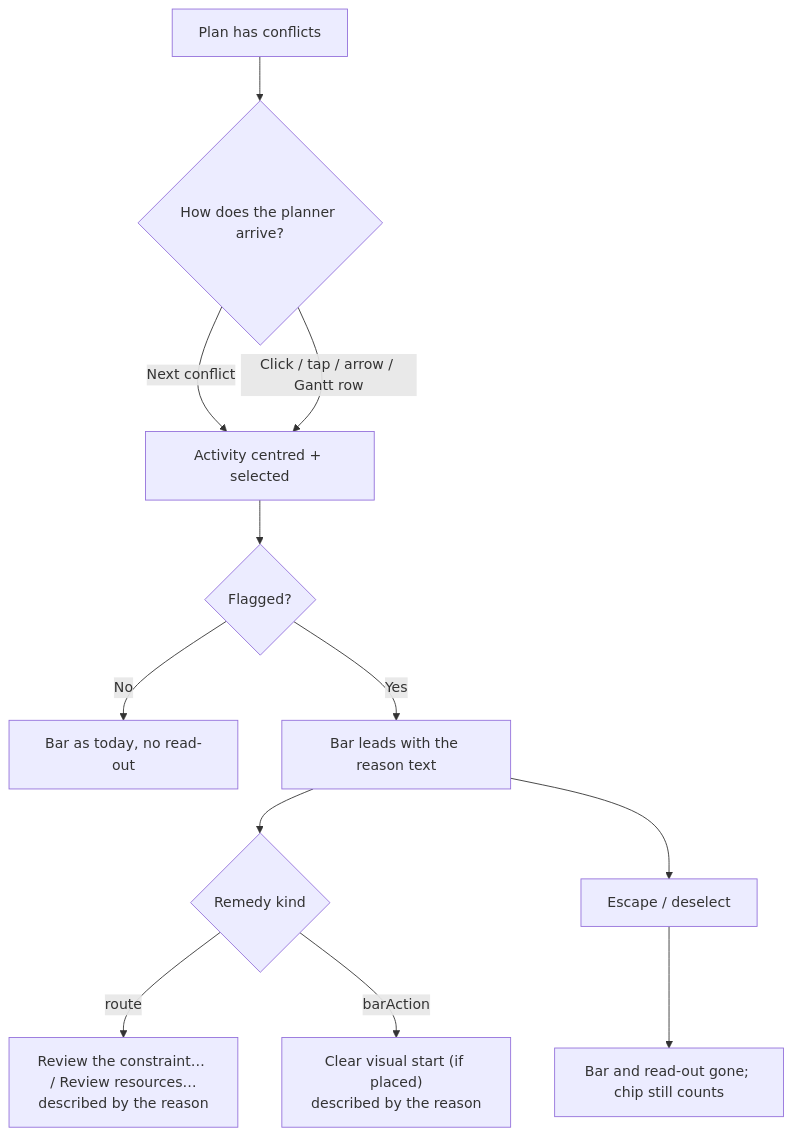
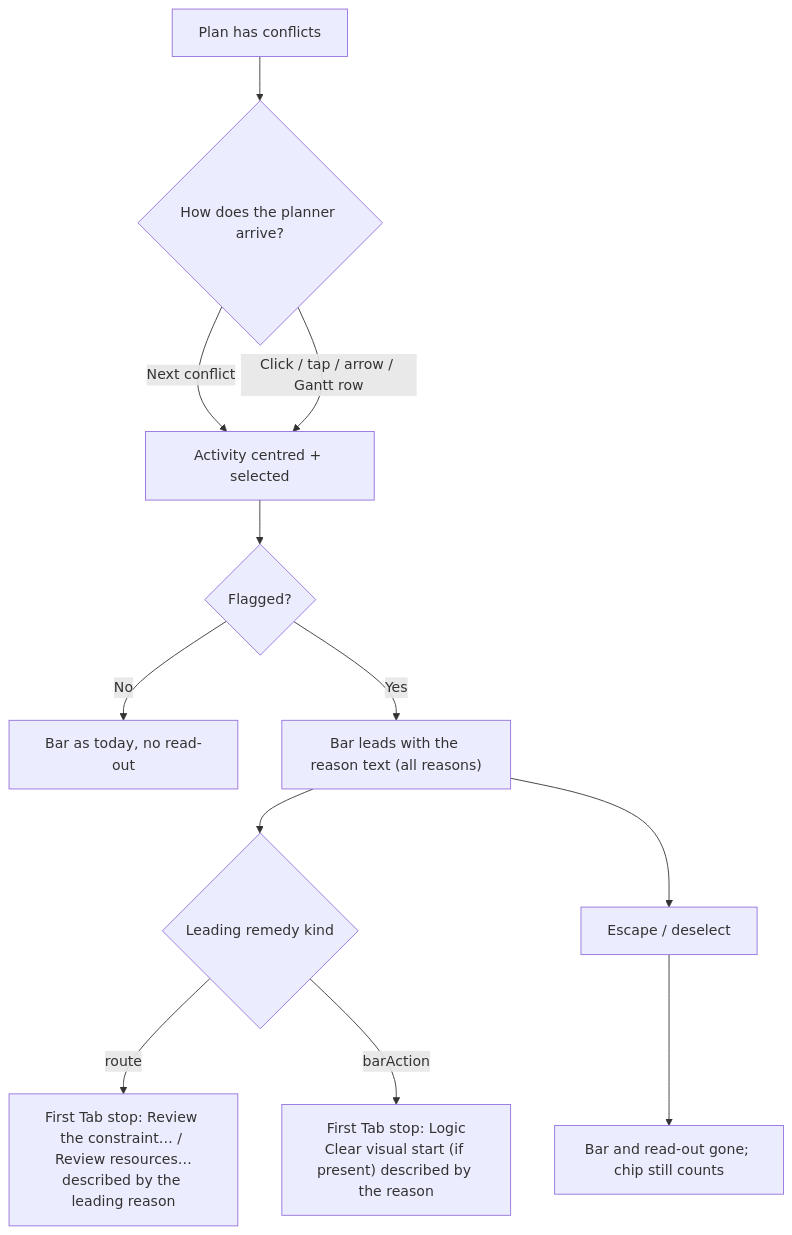
The third of 3 diagrams in docs/specs/conflict-reason-on-object/feature-spec.md (HuttonHomeHub/SchedulePoint_1), drawn with Mermaid before and after one commit. The commit also changed other lines of this file and 1 other file, not shown here.

First line of the commit message:
docs(docs): amend the conflict-reason-on-object spec after review (#479)

````diff
--- a/docs/specs/conflict-reason-on-object/feature-spec.md
+++ b/docs/specs/conflict-reason-on-object/feature-spec.md
@@ -303,13 +360,13 @@
 ```mermaid
 flowchart TD
   A[Plan has conflicts] --> B{How does the planner arrive?}
   B -->|Next conflict| C[Activity centred + selected]
   B -->|Click / tap / arrow / Gantt row| C
   C --> D{Flagged?}
   D -->|No| E[Bar as today, no read-out]
-  D -->|Yes| F["Bar leads with the reason text"]
-  F --> G{Remedy kind}
-  G -->|route| H["Review the constraint… / Review resources…<br/>described by the reason"]
-  G -->|barAction| I["Clear visual start (if placed)<br/>described by the reason"]
+  D -->|Yes| F["Bar leads with the reason text (all reasons)"]
+  F --> G{Leading remedy kind}
+  G -->|route| H["First Tab stop: Review the constraint… / Review resources…<br/>described by the leading reason"]
+  G -->|barAction| I["First Tab stop: Logic<br/>Clear visual start (if present) described by the reason"]
   F --> J[Escape / deselect] --> K[Bar and read-out gone; chip still counts]
 ```
````
